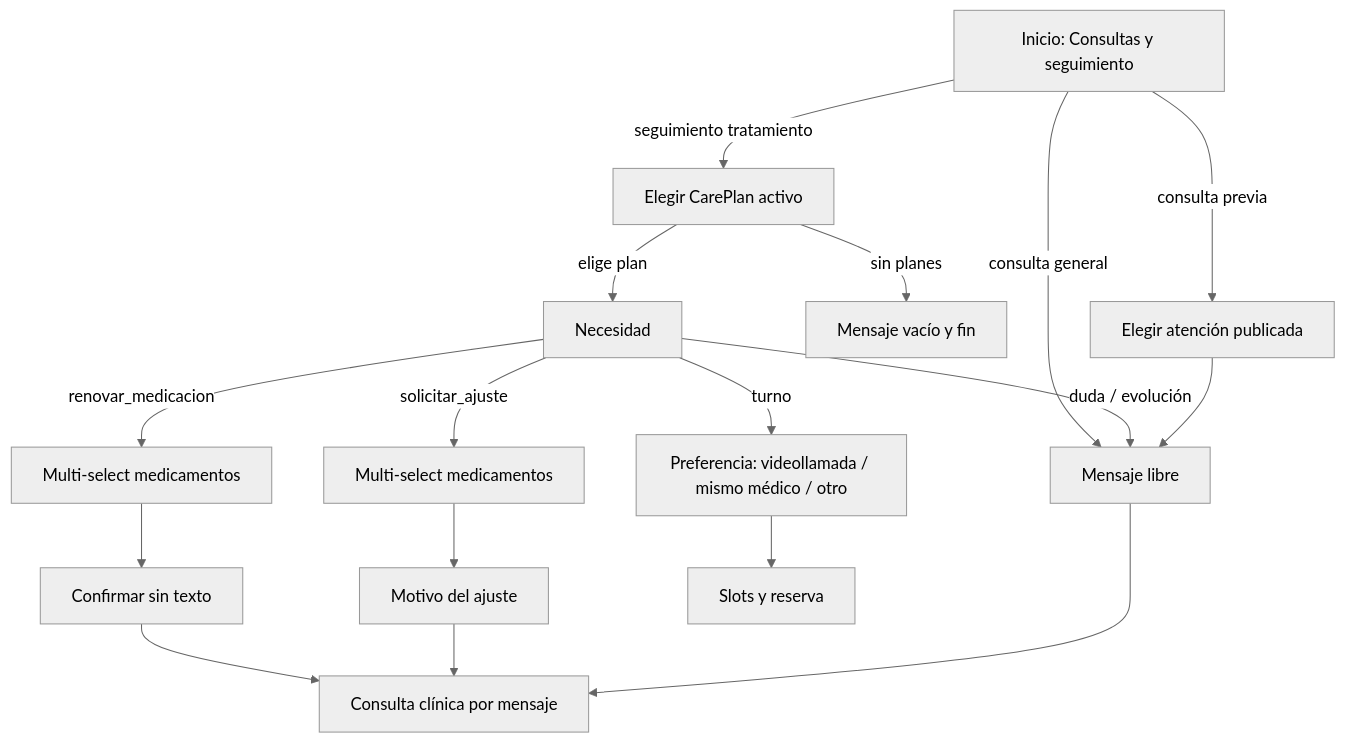
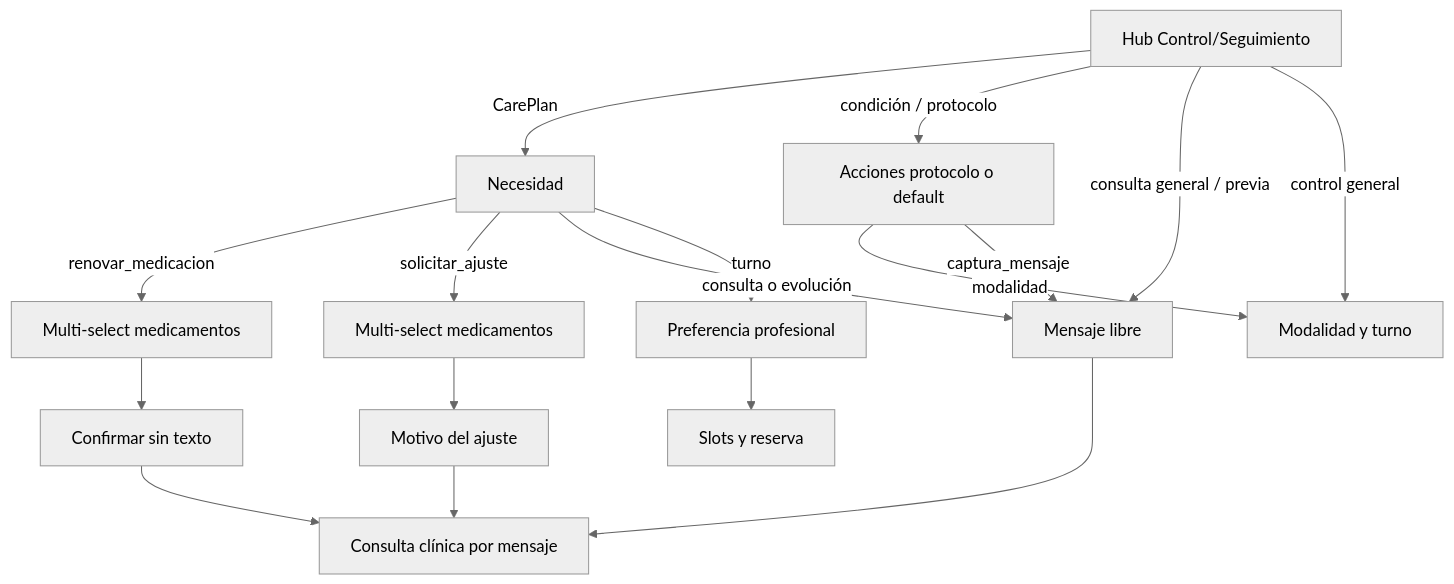
Before and after one commit to luischanferoni/bioenlace: the diagram in web/docs/producto/consultas-seguimiento.md, drawn with Mermaid (neutral theme). The commit also changed other lines of this file and 28 other files, not shown here.

````diff
--- a/web/docs/producto/consultas-seguimiento.md
+++ b/web/docs/producto/consultas-seguimiento.md
@@ -37,20 +39,20 @@
 ```mermaid
 flowchart TD
-  IN[Inicio: Consultas y seguimiento]
-  IN -->|consulta general| MSG[Mensaje libre]
-  IN -->|seguimiento tratamiento| PLAN[Elegir CarePlan activo]
-  IN -->|consulta previa| ENC[Elegir atención publicada]
-  PLAN -->|sin planes| STOP[Mensaje vacío y fin]
-  PLAN -->|elige plan| NEC[Necesidad]
+  HUB[Hub Control/Seguimiento]
+  HUB -->|CarePlan| NEC[Necesidad]
+  HUB -->|condición / protocolo| ACC[Acciones protocolo o default]
+  HUB -->|consulta general / previa| MSG[Mensaje libre]
+  HUB -->|control general| TURN[Modalidad y turno]
   NEC -->|renovar_medicacion| MEDR[Multi-select medicamentos]
   MEDR --> CONFR[Confirmar sin texto]
   NEC -->|solicitar_ajuste| MEDA[Multi-select medicamentos]
   MEDA --> MOT[Motivo del ajuste]
-  NEC -->|duda / evolución| MSG
-  NEC -->|turno| MOD[Preferencia: videollamada / mismo médico / otro]
+  NEC -->|consulta o evolución| MSG
+  NEC -->|turno| MOD[Preferencia profesional]
   MOD --> SLOTS[Slots y reserva]
-  ENC --> MSG
+  ACC -->|modalidad| TURN
+  ACC -->|captura_mensaje| MSG
   CONFR --> ASYNC[Consulta clínica por mensaje]
   MOT --> ASYNC
   MSG --> ASYNC
 ```
````
